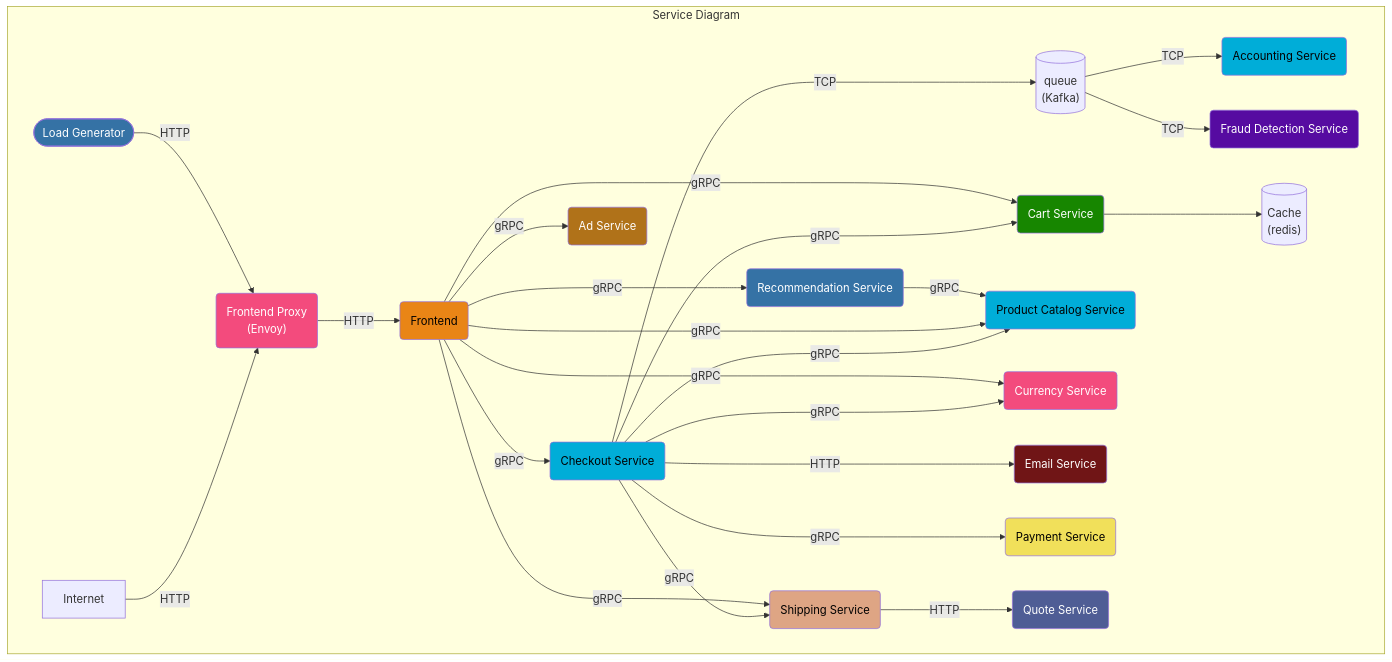
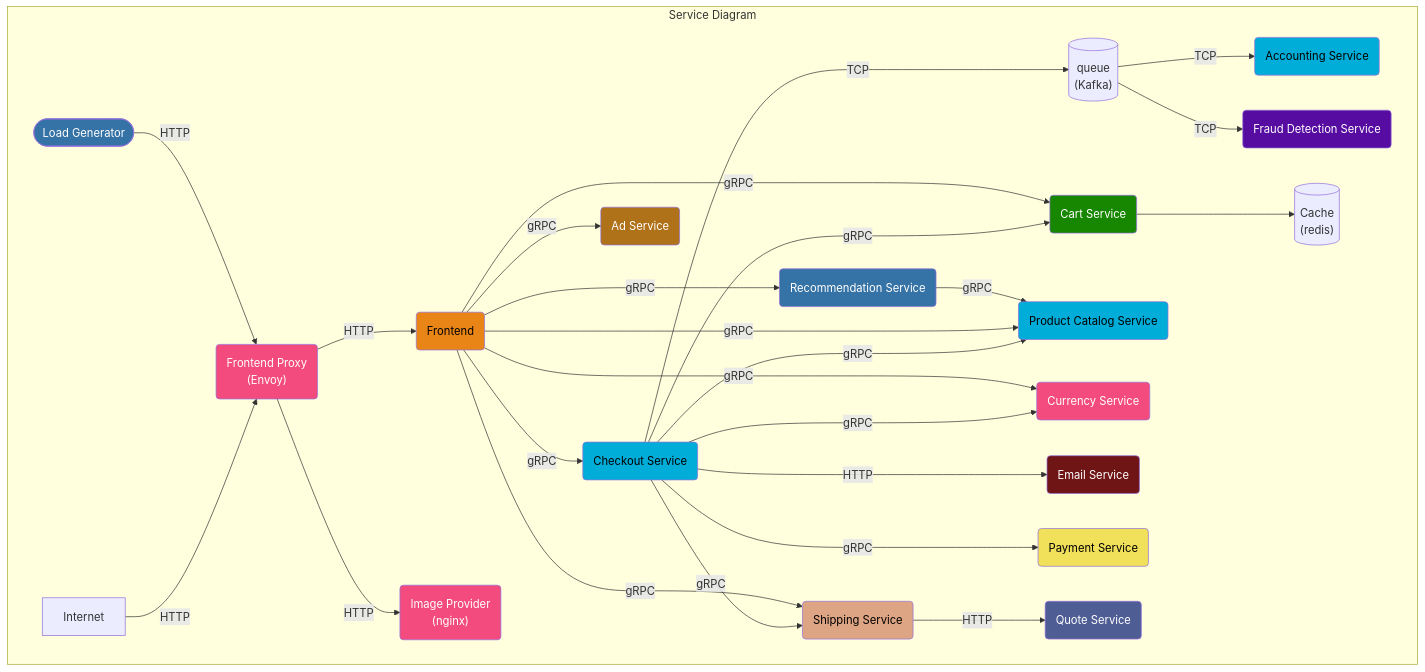
Before and after one commit to open-telemetry/opentelemetry.io: the first of 3 diagrams in content/en/docs/demo/architecture.md, drawn with Mermaid. The commit also changed 2 other files, not shown here.

Commit message:
[demo] add imageprovider docs

````diff
--- a/content/en/docs/demo/architecture.md
+++ b/content/en/docs/demo/architecture.md
@@ -12,59 +12,61 @@
 ```mermaid
 graph TD
 subgraph Service Diagram
 accountingservice(Accounting Service):::golang
 adservice(Ad Service):::java
 cache[(Cache<br/>&#40redis&#41)]
 cartservice(Cart Service):::dotnet
 checkoutservice(Checkout Service):::golang
 currencyservice(Currency Service):::cpp
 emailservice(Email Service):::ruby
 frauddetectionservice(Fraud Detection Service):::kotlin
 frontend(Frontend):::typescript
 frontendproxy(Frontend Proxy <br/>&#40Envoy&#41):::cpp
+imageprovider(Image Provider <br/>&#40nginx&#41):::cpp
 loadgenerator([Load Generator]):::python
 paymentservice(Payment Service):::javascript
 productcatalogservice(Product Catalog Service):::golang
 quoteservice(Quote Service):::php
 recommendationservice(Recommendation Service):::python
 shippingservice(Shipping Service):::rust
 queue[(queue<br/>&#40Kafka&#41)]
 
 Internet -->|HTTP| frontendproxy
 frontendproxy -->|HTTP| frontend
 loadgenerator -->|HTTP| frontendproxy
+frontendproxy -->|HTTP| imageprovider
 
 queue -->|TCP| accountingservice
 queue -->|TCP| frauddetectionservice
 
 checkoutservice --->|gRPC| cartservice --> cache
 checkoutservice --->|gRPC| productcatalogservice
 checkoutservice --->|gRPC| currencyservice
 checkoutservice --->|HTTP| emailservice
 checkoutservice --->|gRPC| paymentservice
 checkoutservice -->|gRPC| shippingservice
 checkoutservice --->|TCP| queue
 
 frontend -->|gRPC| adservice
 frontend -->|gRPC| cartservice
 frontend -->|gRPC| productcatalogservice
 frontend -->|gRPC| checkoutservice
 frontend -->|gRPC| currencyservice
 frontend -->|gRPC| recommendationservice -->|gRPC| productcatalogservice
 frontend -->|gRPC| shippingservice -->|HTTP| quoteservice
 
 end
 
 classDef dotnet fill:#178600,color:white;
 classDef cpp fill:#f34b7d,color:white;
 classDef erlang fill:#b83998,color:white;
 classDef golang fill:#00add8,color:black;
 classDef java fill:#b07219,color:white;
 classDef javascript fill:#f1e05a,color:black;
 classDef kotlin fill:#560ba1,color:white;
 classDef php fill:#4f5d95,color:white;
 classDef python fill:#3572A5,color:white;
 classDef ruby fill:#701516,color:white;
 classDef rust fill:#dea584,color:black;
 classDef typescript fill:#e98516,color:black;
 ```
````
